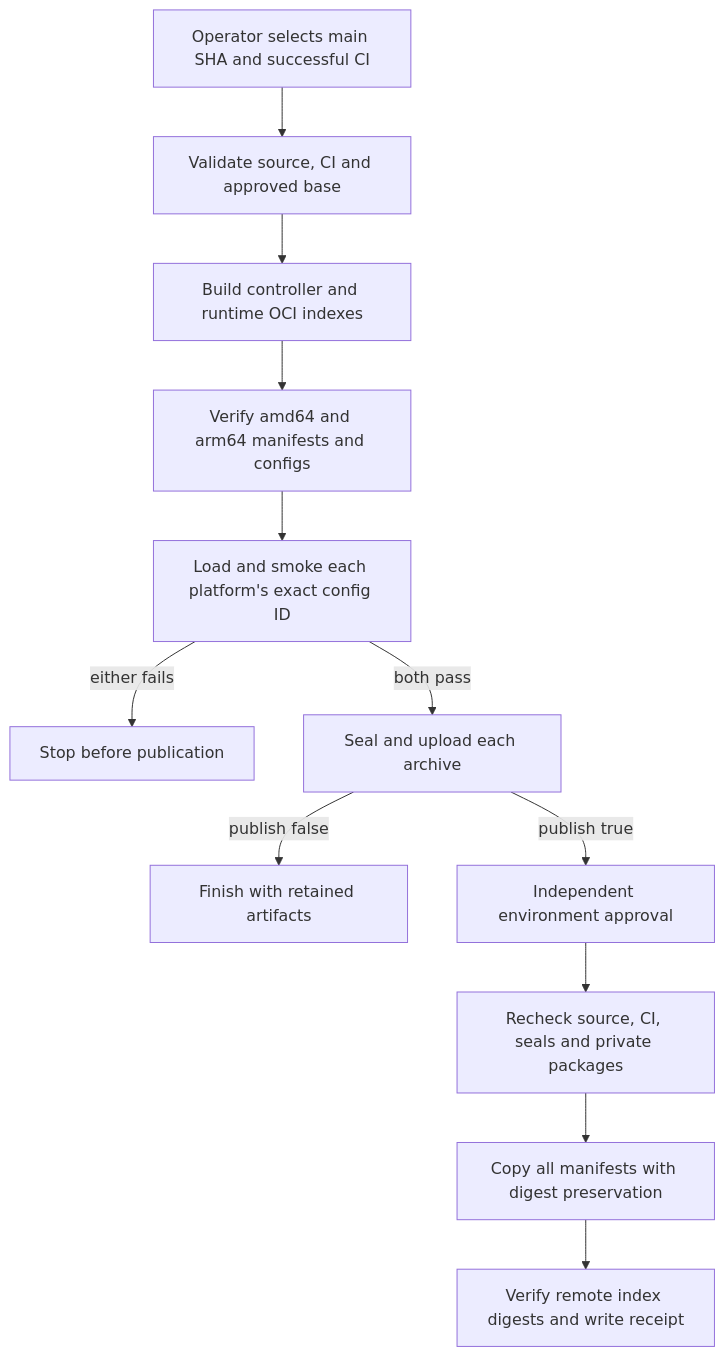
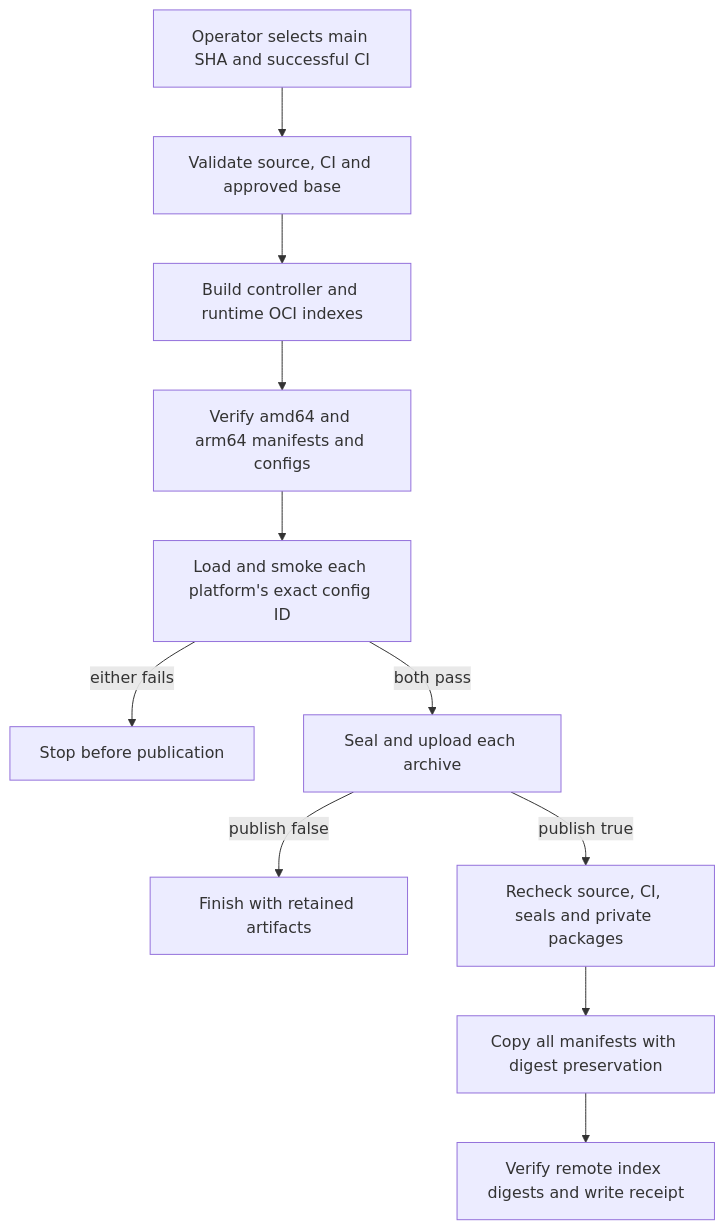
The diagram in docs/flows/container-publication.md (IsaiahStapleton/openclaw-enterprise), drawn with Mermaid before and after one commit. The commit also changed other lines of this file and 10 other files, not shown here.

````diff
--- a/docs/flows/container-publication.md
+++ b/docs/flows/container-publication.md
@@ -28,14 +29,13 @@
 ```mermaid
 graph TD
   A["Operator selects main SHA and successful CI"] --> B["Validate source, CI and approved base"]
   B --> C["Build controller and runtime OCI indexes"]
   C --> D["Verify amd64 and arm64 manifests and configs"]
   D --> E["Load and smoke each platform's exact config ID"]
   E -->|either fails| X["Stop before publication"]
   E -->|both pass| F["Seal and upload each archive"]
   F -->|publish false| G["Finish with retained artifacts"]
-  F -->|publish true| H["Independent environment approval"]
-  H --> I["Recheck source, CI, seals and private packages"]
+  F -->|publish true| I["Recheck source, CI, seals and private packages"]
   I --> J["Copy all manifests with digest preservation"]
   J --> K["Verify remote index digests and write receipt"]
 ```
````
